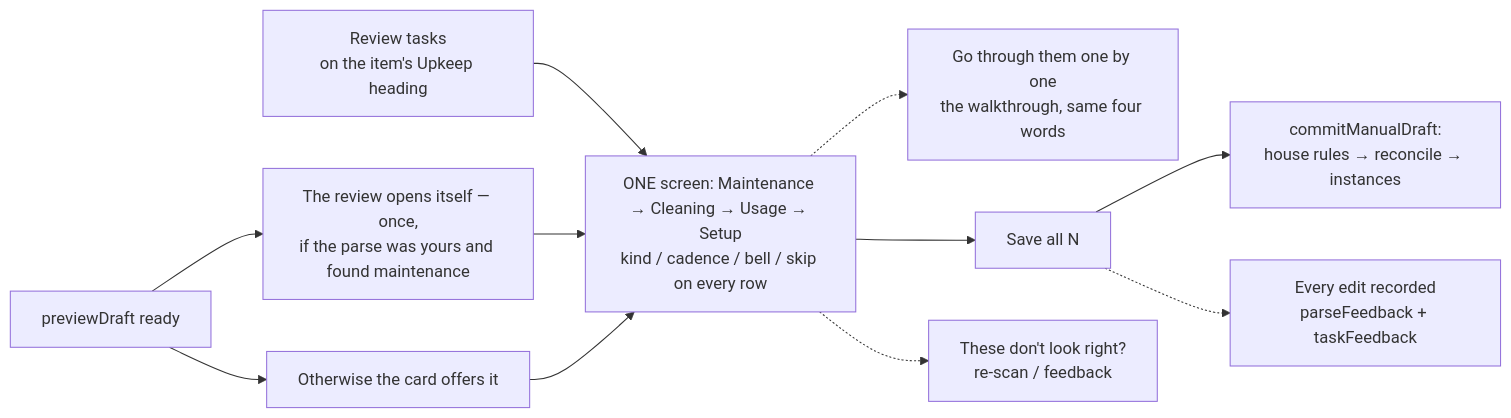
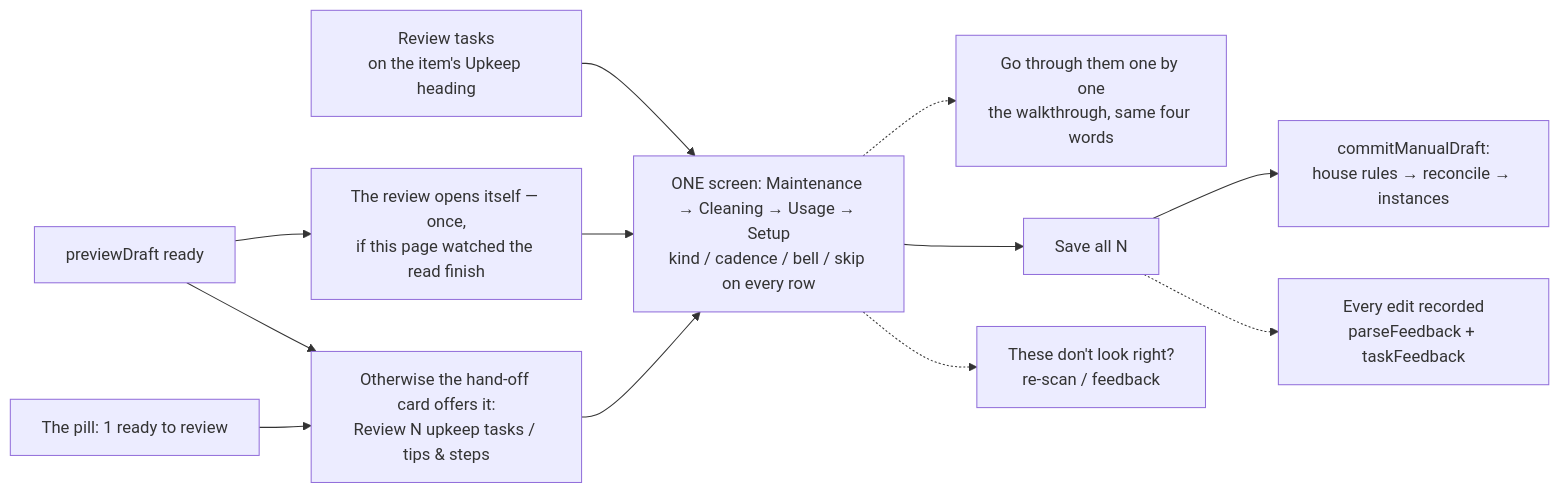
Before and after one commit to barbhc/homehub-v2: the third of 5 diagrams in docs/user-journeys.md, drawn with Mermaid. The commit also changed other lines of this file and 71 other files, not shown here.

First line of the commit message:
feat(item-page): one scan indicator — the pill everywhere, the read in Upkeep, a review that tells the truth (HH-161, E2) (#228)

````diff
--- a/docs/user-journeys.md
+++ b/docs/user-journeys.md
@@ -162,13 +167,14 @@
 ```mermaid
 flowchart LR
-    A[previewDraft ready] --> B[The review opens itself — once,\nif the parse was yours and found maintenance]
-    A --> B2[Otherwise the card offers it]
+    A[previewDraft ready] --> B[The review opens itself — once,\nif this page watched the read finish]
+    A --> B2[Otherwise the hand-off card offers it:\nReview N upkeep tasks / tips & steps]
+    P[The pill: 1 ready to review] --> B2
     R[Review tasks\non the item's Upkeep heading] --> C
     B --> C[ONE screen: Maintenance → Cleaning → Usage → Setup\nkind / cadence / bell / skip on every row]
     B2 --> C
     C -.-> W[Go through them one by one\nthe walkthrough, same four words]
     C --> E[Save all N]
     E --> F[commitManualDraft:\nhouse rules → reconcile → instances]
     C -.-> G["These don't look right?"\nre-scan / feedback]
     E -.-> H[Every edit recorded\nparseFeedback + taskFeedback]
 ```
````
